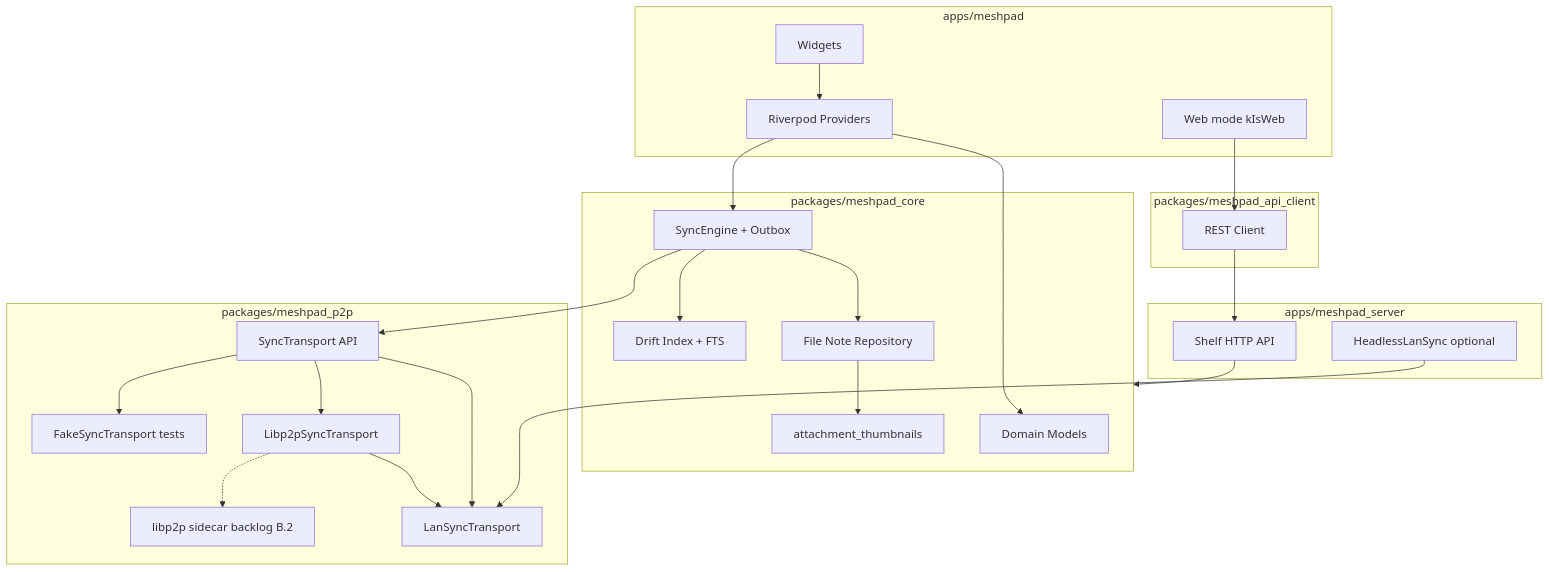
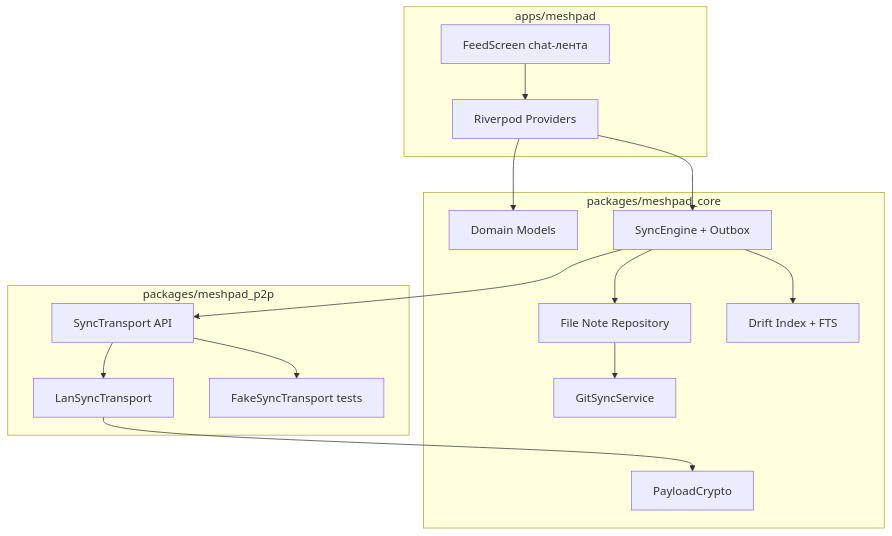
The diagram in docs/ARCHITECTURE.md (Jawerka/MeshPad), drawn with Mermaid before and after one commit. The commit also changed other lines of this file and 290 other files, not shown here.

First line of the commit message:
MeshPad 1.0: LAN + Git sync, remove PLAN.md, refresh docs.

````diff
--- a/docs/ARCHITECTURE.md
+++ b/docs/ARCHITECTURE.md
@@ -9,45 +11,30 @@
 ```mermaid
 flowchart TB
   subgraph ui [apps/meshpad]
-    Widgets[Widgets]
+    Feed[FeedScreen chat-лента]
     Providers[Riverpod Providers]
-    WebMode[Web mode kIsWeb]
-  end
-  subgraph api [packages/meshpad_api_client]
-    HttpClient[REST Client]
-  end
-  subgraph server [apps/meshpad_server]
-    HttpApi[Shelf HTTP API]
-    HeadlessP2p[HeadlessLanSync optional]
   end
   subgraph core [packages/meshpad_core]
     Domain[Domain Models]
     FS[File Note Repository]
     DB[Drift Index + FTS]
     Sync[SyncEngine + Outbox]
-    Thumbs[attachment_thumbnails]
+    Git[GitSyncService]
+    Crypto[PayloadCrypto]
   end
   subgraph p2p [packages/meshpad_p2p]
     Transport[SyncTransport API]
     Lan[LanSyncTransport]
-    Libp2p[Libp2pSyncTransport]
     Fake[FakeSyncTransport tests]
-    Sidecar[libp2p sidecar backlog B.2]
   end
-  Widgets --> Providers
-  WebMode --> HttpClient
-  HttpClient --> HttpApi
-  HttpApi --> core
-  HeadlessP2p --> Lan
+  Feed --> Providers
   Providers --> Domain
   Providers --> Sync
   Sync --> FS
   Sync --> DB
-  FS --> Thumbs
   Sync --> Transport
   Transport --> Lan
-  Transport --> Libp2p
-  Libp2p --> Lan
+  FS --> Git
+  Lan --> Crypto
   Transport --> Fake
-  Libp2p -.-> Sidecar
 ```
````
